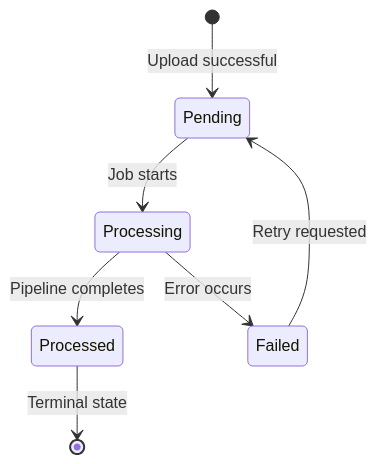
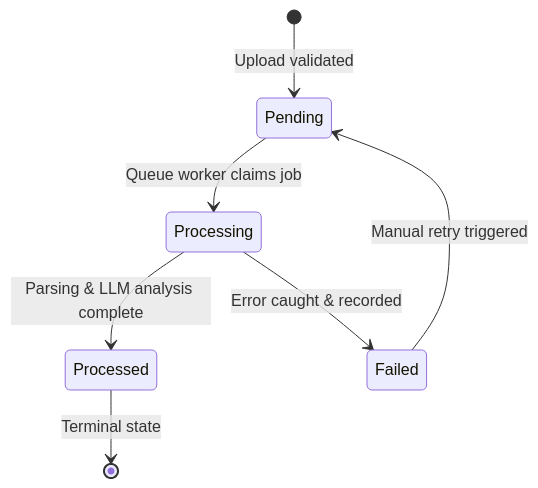
The third of 5 diagrams in PROJECT_DEFENSE_DOCUMENTATION.md (AlfredoAC1/Auditor-IA), drawn with Mermaid before and after one commit. The commit also changed other lines of this file, not shown here.

Commit message:
docs: update project defense documentation to version 1.2 with expanded technical stack and architecture details

````diff
--- a/PROJECT_DEFENSE_DOCUMENTATION.md
+++ b/PROJECT_DEFENSE_DOCUMENTATION.md
@@ -139,9 +153,9 @@
 ```mermaid
 stateDiagram-v2
-    [*] --> Pending: Upload successful
-    Pending --> Processing: Job starts
-    Processing --> Processed: Pipeline completes
-    Processing --> Failed: Error occurs
-    Failed --> Pending: Retry requested
+    [*] --> Pending: Upload validated
+    Pending --> Processing: Queue worker claims job
+    Processing --> Processed: Parsing & LLM analysis complete
+    Processing --> Failed: Error caught & recorded
+    Failed --> Pending: Manual retry triggered
     Processed --> [*]: Terminal state
 ```
````
